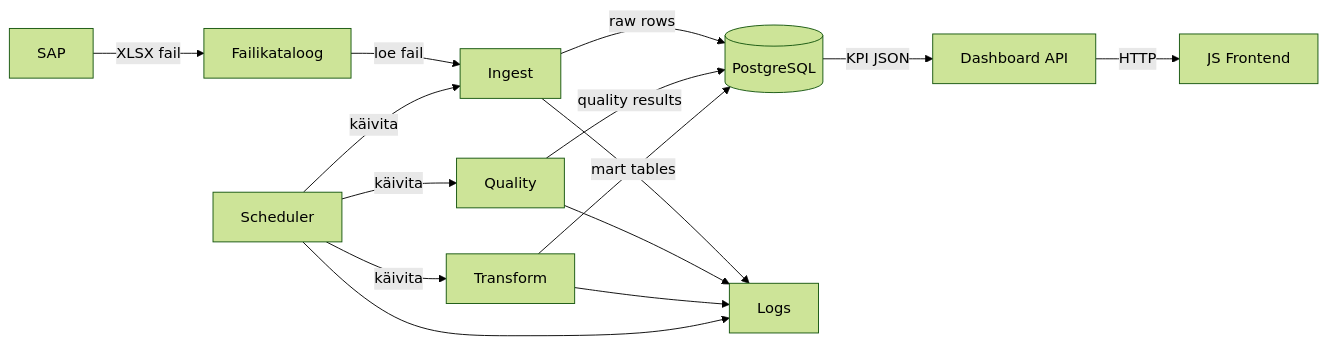
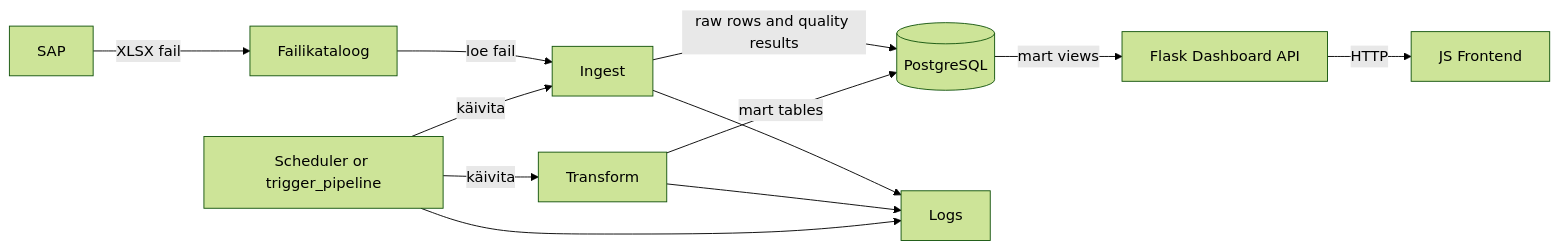
One commit to joosephook/andmeinseneeria-projekt changed the diagram in docs/it_arhitektuur/05_kommunikatsiooni_diagram.md. Above: the diagram before and after it, drawn with Mermaid (forest theme). The commit also changed other lines of this file and 13 other files, not shown here.

````diff
--- a/docs/it_arhitektuur/05_kommunikatsiooni_diagram.md
+++ b/docs/it_arhitektuur/05_kommunikatsiooni_diagram.md
@@ -17,17 +17,14 @@
 ```mermaid
 flowchart LR
     SAP[SAP] -->|XLSX fail| FS[Failikataloog]
     FS -->|loe fail| INGEST[Ingest]
-    SCHED[Scheduler] -->|käivita| INGEST
-    SCHED -->|käivita| QUALITY[Quality]
+    SCHED[Scheduler or trigger_pipeline] -->|käivita| INGEST
     SCHED -->|käivita| TRANSFORM[Transform]
-    INGEST -->|raw rows| DB[(PostgreSQL)]
-    QUALITY -->|quality results| DB
+    INGEST -->|raw rows and quality results| DB[(PostgreSQL)]
     TRANSFORM -->|mart tables| DB
-    DB -->|KPI JSON| API[Dashboard API]
+    DB -->|mart views| API[Flask Dashboard API]
     API -->|HTTP| UI[JS Frontend]
     INGEST --> LOGS[Logs]
-    QUALITY --> LOGS
     TRANSFORM --> LOGS
     SCHED --> LOGS
 ```
````
